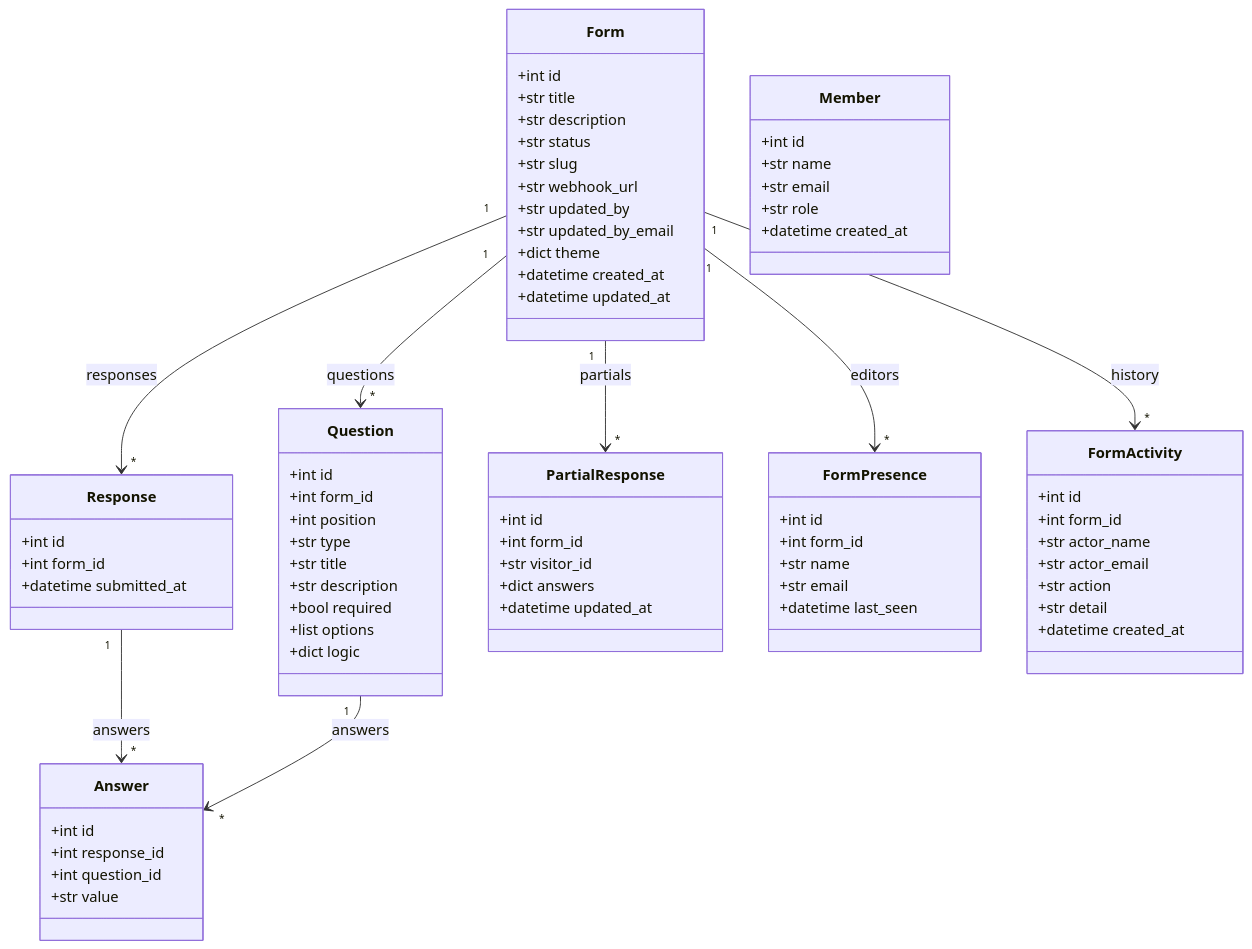
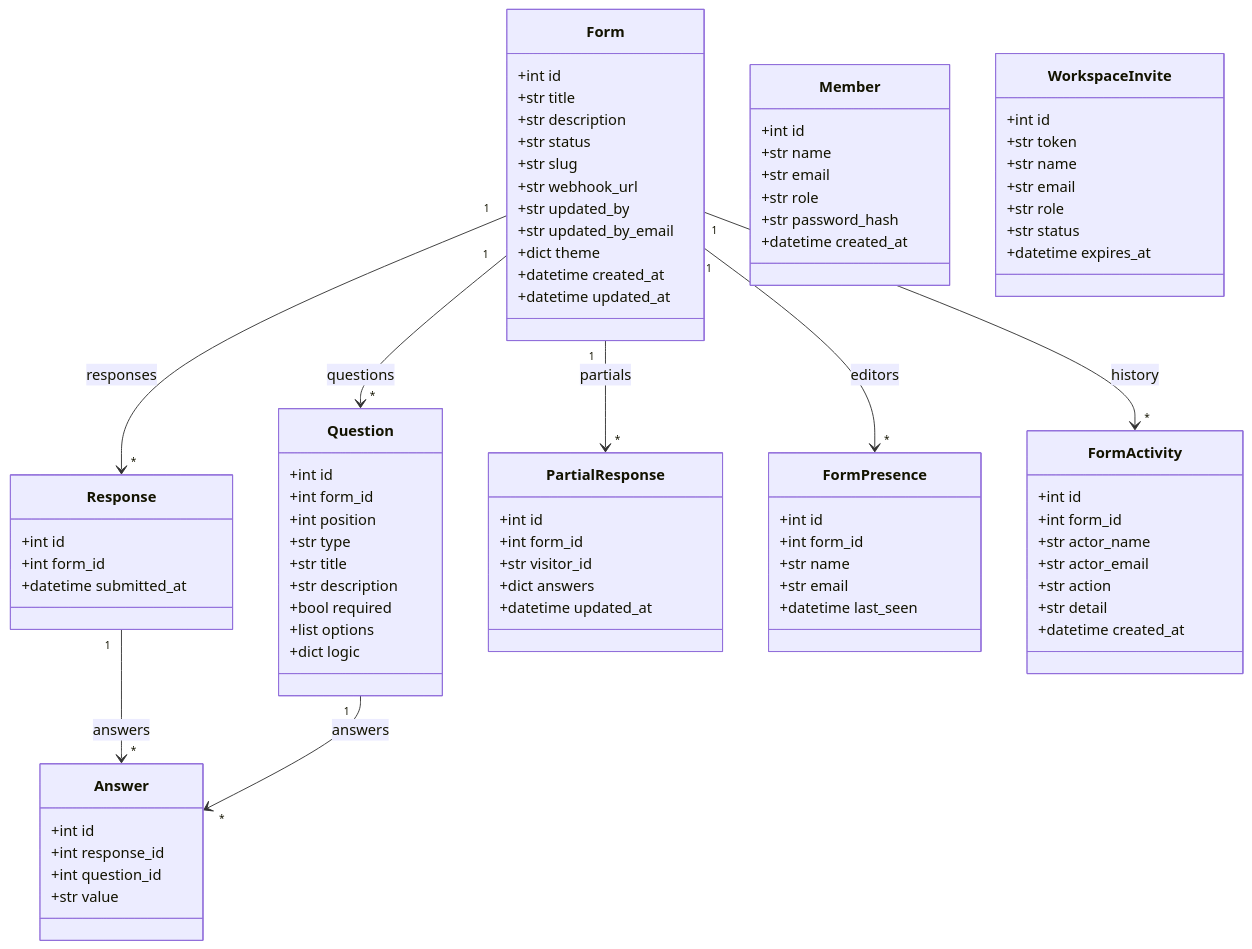
Before and after one commit to ruthwikkakumani/formly: the first of 3 diagrams in docs/diagrams/class-uml.md, drawn with Mermaid. The commit also changed other lines of this file and 7 other files, not shown here.

Commit message:
docs: sync README, LLD, and UML with auth, invites, and Railway SQLite

```diff
--- a/docs/diagrams/class-uml.md
+++ b/docs/diagrams/class-uml.md
@@ -51,7 +51,17 @@
     +str name
     +str email
     +str role
+    +str password_hash
     +datetime created_at
+  }
+  class WorkspaceInvite {
+    +int id
+    +str token
+    +str name
+    +str email
+    +str role
+    +str status
+    +datetime expires_at
   }
   class FormPresence {
     +int id
```
